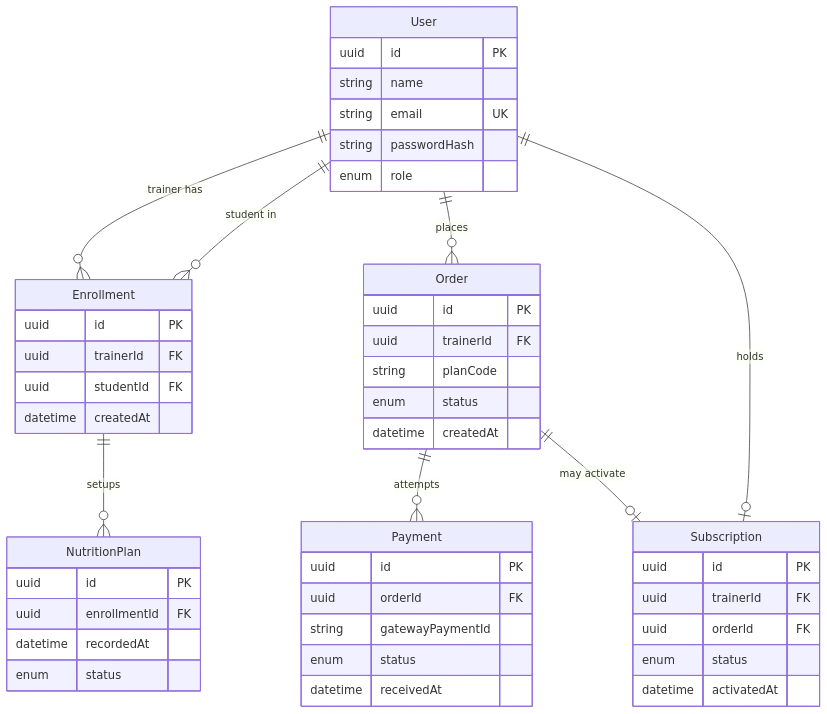
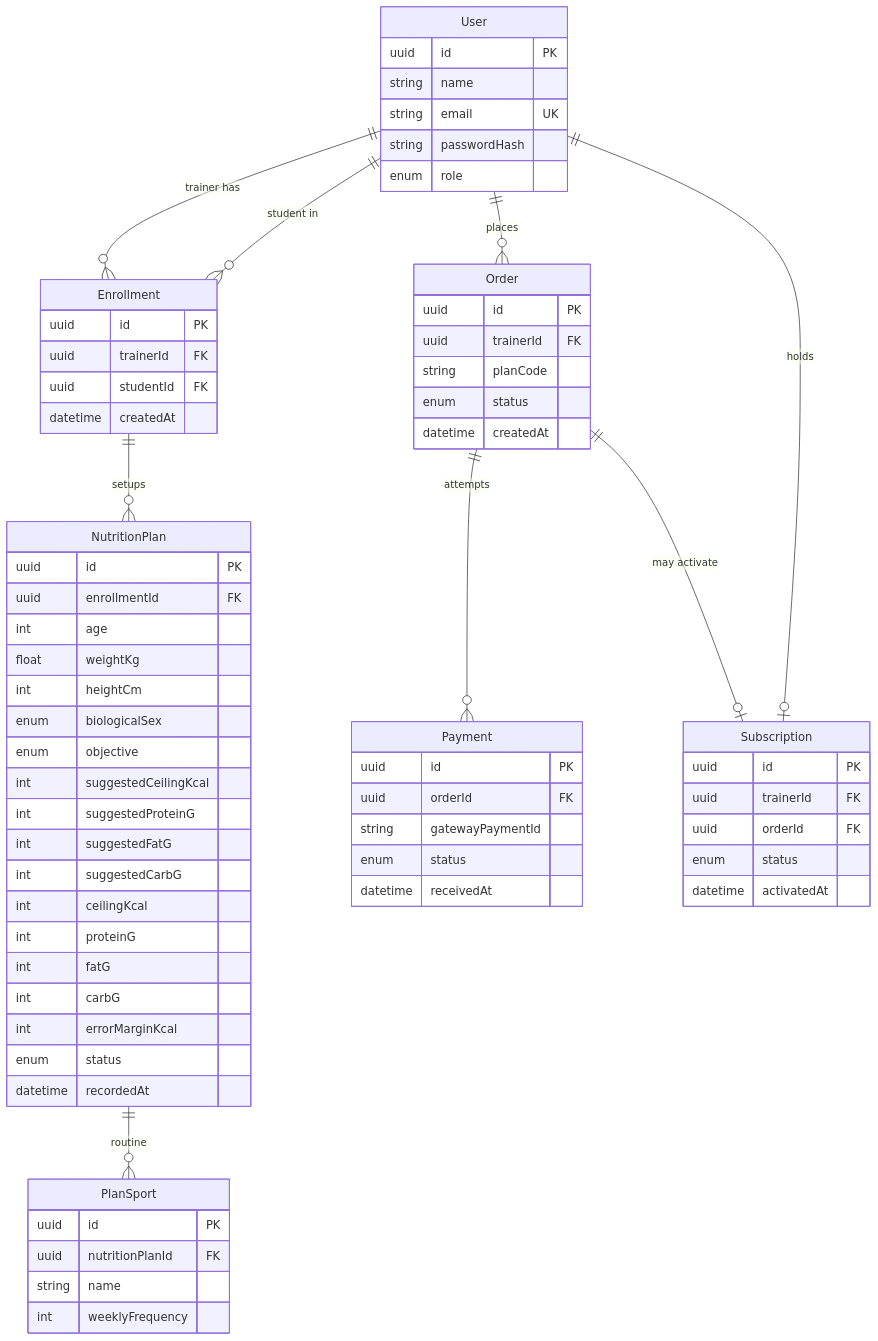
One commit to AllanCordova/zenith-tracker changed the diagram in docs/architecture.md. Above: the diagram before and after it, drawn with Mermaid. The commit also changed other lines of this file and 15 other files, not shown here.

First line of the commit message:
docs: alinhar nó vermelho, protótipo e diagrama do plano

````diff
--- a/docs/architecture.md
+++ b/docs/architecture.md
@@ -215,56 +229,78 @@
 ```mermaid
 erDiagram
     User ||--o{ Enrollment : "trainer has"
     User ||--o{ Enrollment : "student in"
     Enrollment ||--o{ NutritionPlan : "setups"
+    NutritionPlan ||--o{ PlanSport : "routine"
     User ||--o{ Order : "places"
     Order ||--o{ Payment : "attempts"
     User ||--o| Subscription : "holds"
     Order ||--o| Subscription : "may activate"
 
     User {
         uuid id PK
         string name
         string email UK
         string passwordHash
         enum role
     }
 
     Enrollment {
         uuid id PK
         uuid trainerId FK
         uuid studentId FK
         datetime createdAt
     }
 
     NutritionPlan {
         uuid id PK
         uuid enrollmentId FK
+        int age
+        float weightKg
+        int heightCm
+        enum biologicalSex
+        enum objective
+        int suggestedCeilingKcal
+        int suggestedProteinG
+        int suggestedFatG
+        int suggestedCarbG
+        int ceilingKcal
+        int proteinG
+        int fatG
+        int carbG
+        int errorMarginKcal
+        enum status
         datetime recordedAt
-        enum status
+    }
+
+    PlanSport {
+        uuid id PK
+        uuid nutritionPlanId FK
+        string name
+        int weeklyFrequency
     }
 
     Order {
         uuid id PK
         uuid trainerId FK
         string planCode
         enum status
         datetime createdAt
     }
 
     Payment {
         uuid id PK
         uuid orderId FK
         string gatewayPaymentId
         enum status
         datetime receivedAt
     }
 
     Subscription {
         uuid id PK
         uuid trainerId FK
         uuid orderId FK
         enum status
         datetime activatedAt
     }
 ```
````
